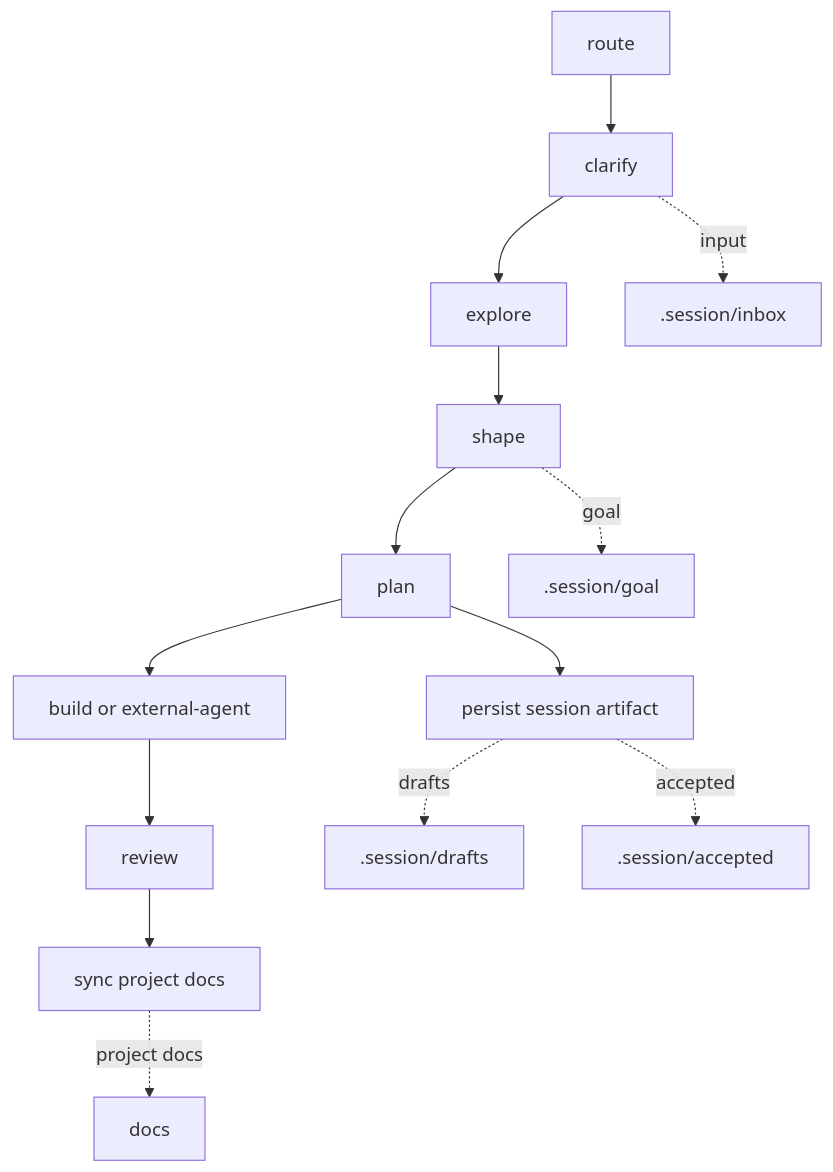
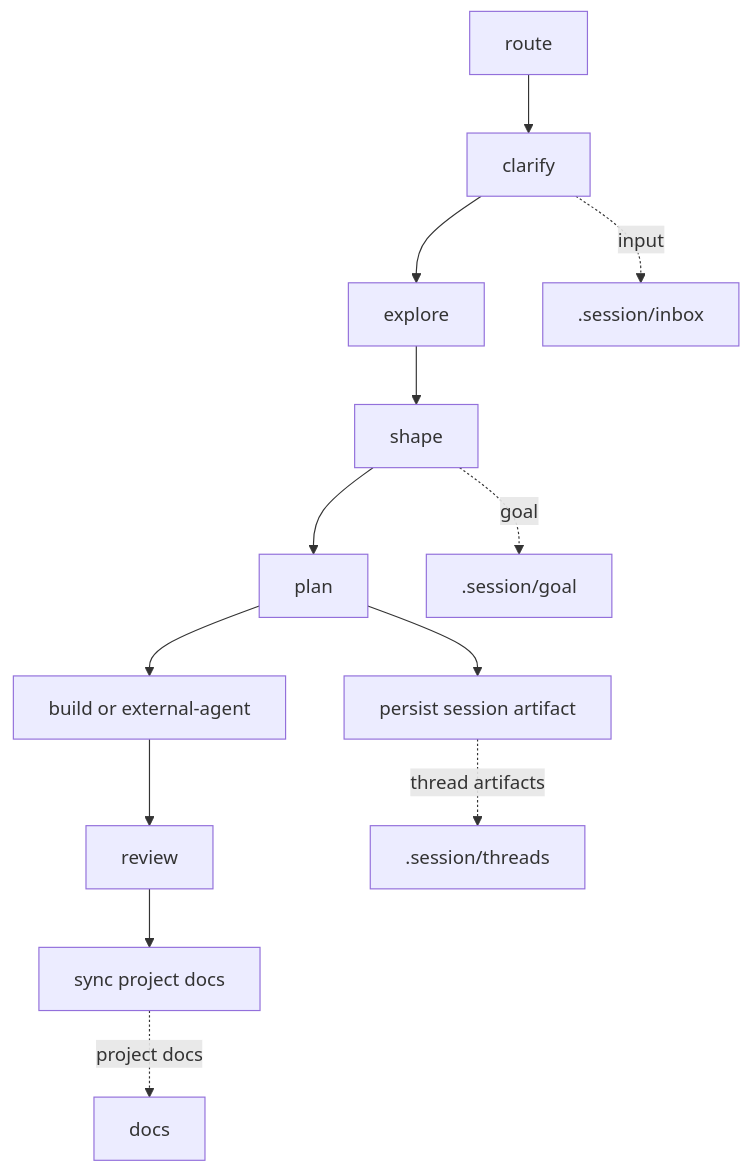
One commit to FlutteryEmbers/workflow changed the diagram in .workflow/README.md. Above: the diagram before and after it, drawn with Mermaid. The commit also changed other lines of this file and 40 other files, not shown here.

````diff
--- a/.workflow/README.md
+++ b/.workflow/README.md
@@ -7,17 +7,16 @@
 ```mermaid
 graph TD
     R["route"] --> C["clarify"]
     C --> E["explore"]
     E --> S["shape"]
     S --> P["plan"]
     P --> W["persist session artifact"]
     P --> B["build or external-agent"]
     B --> V["review"]
     V --> Y["sync project docs"]
 
     C -. "input" .-> N[".session/inbox"]
-    W -. "drafts" .-> D[".session/drafts"]
-    W -. "accepted" .-> A[".session/accepted"]
+    W -. "thread artifacts" .-> D[".session/threads"]
     S -. "goal" .-> G[".session/goal"]
     Y -. "project docs" .-> F["docs"]
 ```
````
